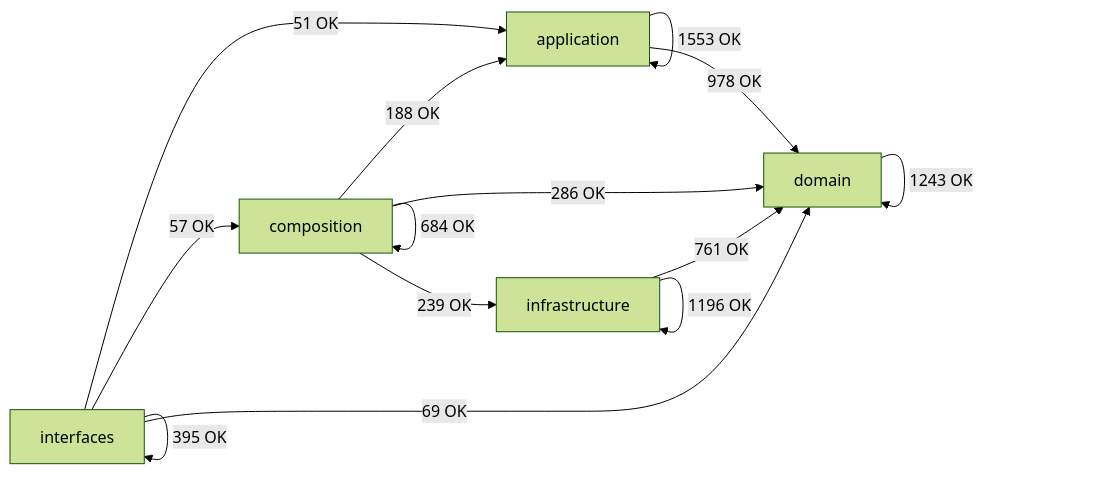
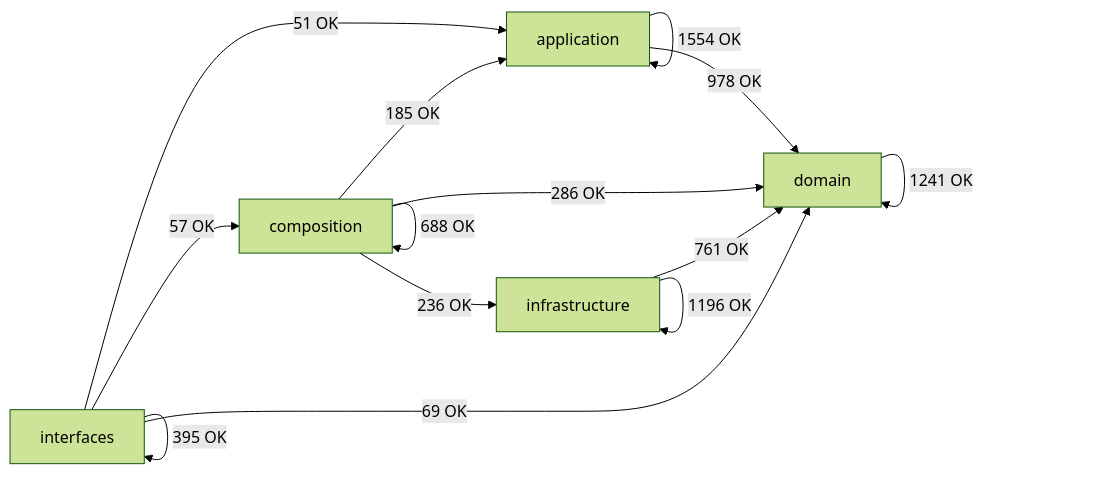
Before and after one commit to SatoryKono/BioactivityDataAcquisition: the diagram in docs/02-architecture/generated/module-dependency-map.md, drawn with Mermaid (forest theme). The commit also changed other lines of this file and 46 other files, not shown here.

````diff
--- a/docs/02-architecture/generated/module-dependency-map.md
+++ b/docs/02-architecture/generated/module-dependency-map.md
@@ -17,21 +17,21 @@
 ```mermaid
 flowchart LR
     domain[domain]
     application[application]
     infrastructure[infrastructure]
     composition[composition]
     interfaces[interfaces]
-    application -->|1553 OK| application
+    application -->|1554 OK| application
     application -->|978 OK| domain
-    composition -->|188 OK| application
-    composition -->|684 OK| composition
+    composition -->|185 OK| application
+    composition -->|688 OK| composition
     composition -->|286 OK| domain
-    composition -->|239 OK| infrastructure
-    domain -->|1243 OK| domain
+    composition -->|236 OK| infrastructure
+    domain -->|1241 OK| domain
     infrastructure -->|761 OK| domain
     infrastructure -->|1196 OK| infrastructure
     interfaces -->|51 OK| application
     interfaces -->|57 OK| composition
     interfaces -->|69 OK| domain
     interfaces -->|395 OK| interfaces
 ```
````
